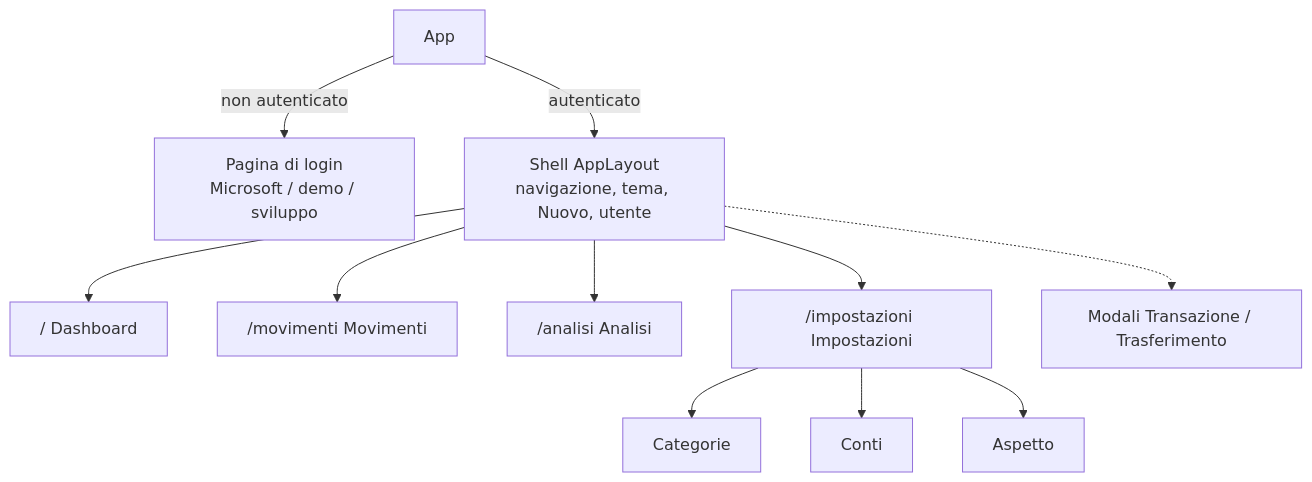
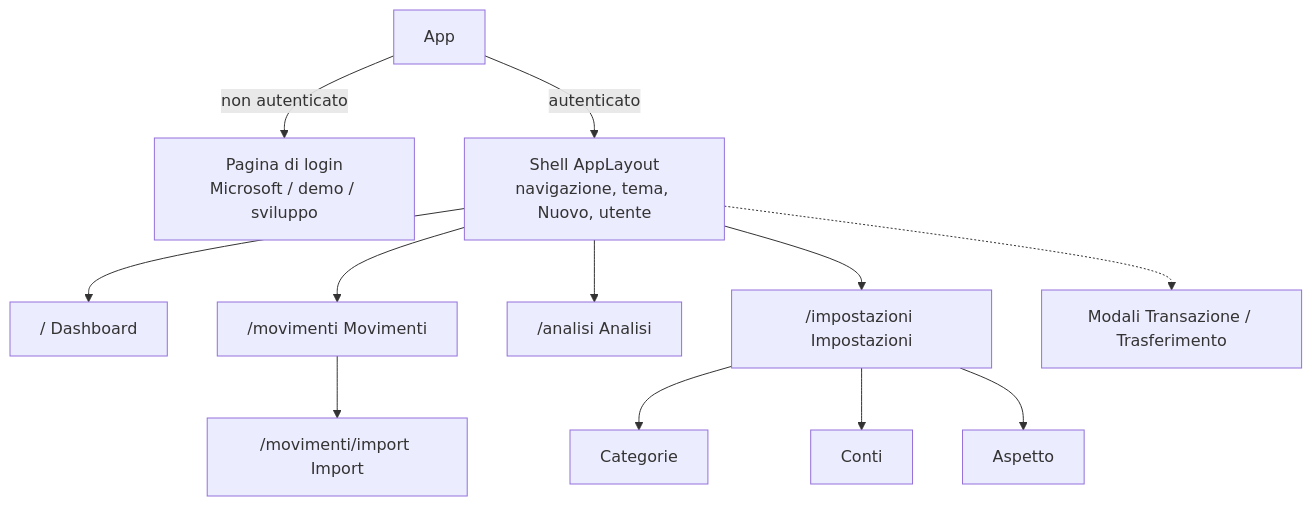
Before and after one commit to roberto-desalvo/ExpenseTracker.App: the diagram in docs/03-frontend.md, drawn with Mermaid. The commit also changed other lines of this file and 113 other files, not shown here.

````diff
--- a/docs/03-frontend.md
+++ b/docs/03-frontend.md
@@ -7,13 +7,14 @@
 ```mermaid
 flowchart TD
     app[App] -->|non autenticato| login[Pagina di login<br/>Microsoft / demo / sviluppo]
     app -->|autenticato| shell[Shell AppLayout<br/>navigazione, tema, Nuovo, utente]
     shell --> dash["/ Dashboard"]
     shell --> mov["/movimenti Movimenti"]
+    mov --> movimp["/movimenti/import Import"]
     shell --> ana["/analisi Analisi"]
     shell --> imp["/impostazioni Impostazioni"]
     imp --> cat[Categorie]
     imp --> conti[Conti]
     imp --> asp[Aspetto]
     shell -.-> modali[Modali Transazione / Trasferimento]
 ```
````
